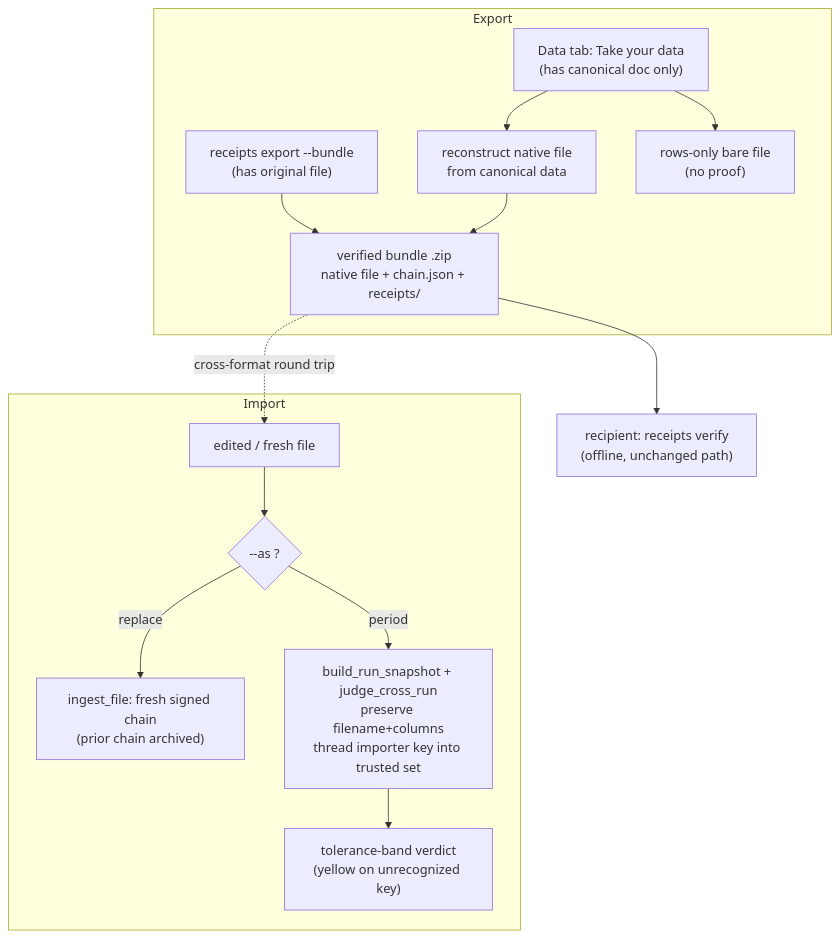
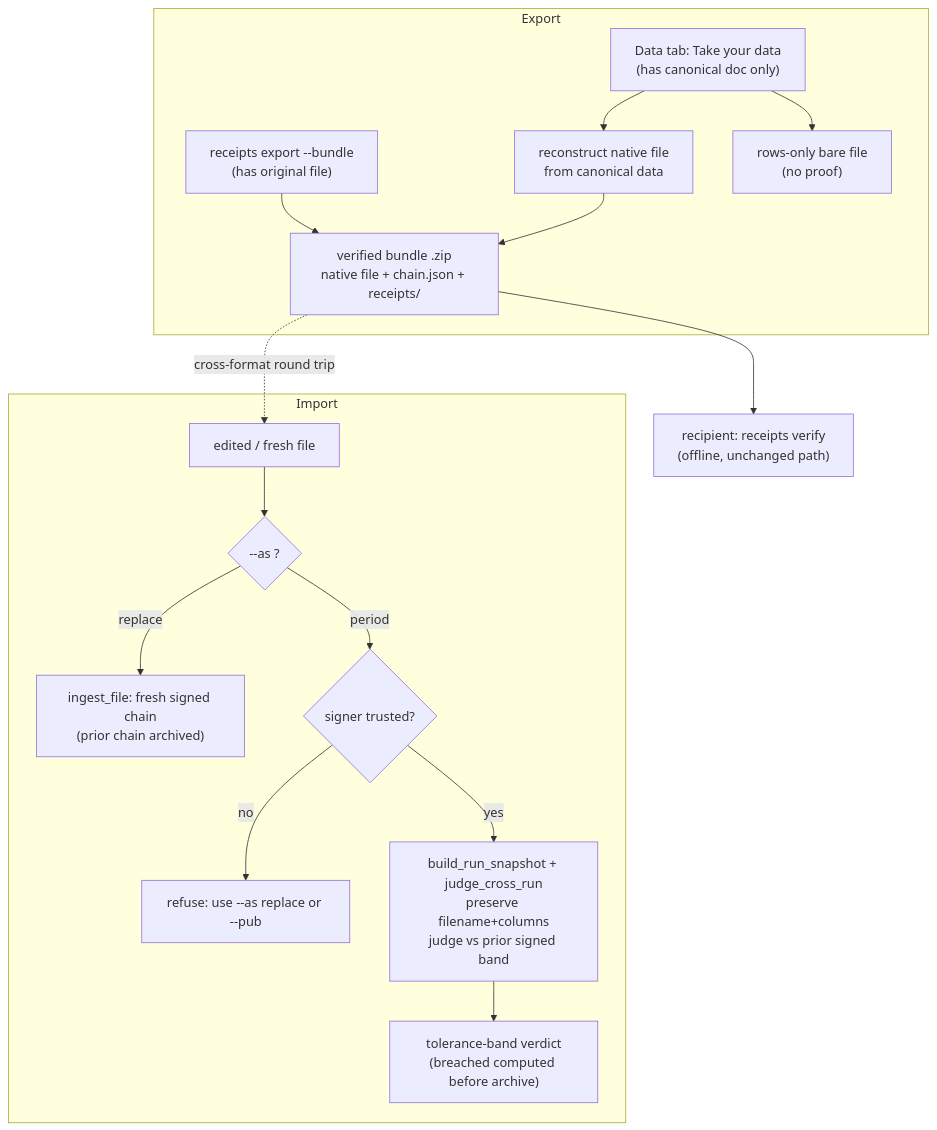
One commit to welovejeff/tamper-evident-verification changed the diagram in docs/plans/2026-06-14-001-feat-data-portability-export-import-plan.md. Above: the diagram before and after it, drawn with Mermaid. The commit also changed other lines of this file and 1 other file, not shown here.

First line of the commit message:
docs: resolve append-period honesty P0s (refuse untrusted signer)

````diff
--- a/docs/plans/2026-06-14-001-feat-data-portability-export-import-plan.md
+++ b/docs/plans/2026-06-14-001-feat-data-portability-export-import-plan.md
@@ -146,17 +162,19 @@
 ```mermaid
 flowchart TB
   subgraph Export
     CLIb["receipts export --bundle<br/>(has original file)"] --> Zip["verified bundle .zip<br/>native file + chain.json + receipts/"]
     Tab["Data tab: Take your data<br/>(has canonical doc only)"] --> Recon["reconstruct native file<br/>from canonical data"]
     Recon --> Zip
     Tab --> Rows["rows-only bare file<br/>(no proof)"]
   end
   Zip --> Verify["recipient: receipts verify<br/>(offline, unchanged path)"]
   subgraph Import
     File["edited / fresh file"] --> Mode{"--as ?"}
     Mode -->|replace| Fresh["ingest_file: fresh signed chain<br/>(prior chain archived)"]
-    Mode -->|period| Snap["build_run_snapshot + judge_cross_run<br/>preserve filename+columns<br/>thread importer key into trusted set"]
-    Snap --> Bands["tolerance-band verdict<br/>(yellow on unrecognized key)"]
+    Mode -->|period| Trust{"signer trusted?"}
+    Trust -->|no| Refuse["refuse: use --as replace or --pub"]
+    Trust -->|yes| Snap["build_run_snapshot + judge_cross_run<br/>preserve filename+columns<br/>judge vs prior signed band"]
+    Snap --> Bands["tolerance-band verdict<br/>(breached computed before archive)"]
   end
   Zip -.cross-format round trip.-> File
 ```
````
